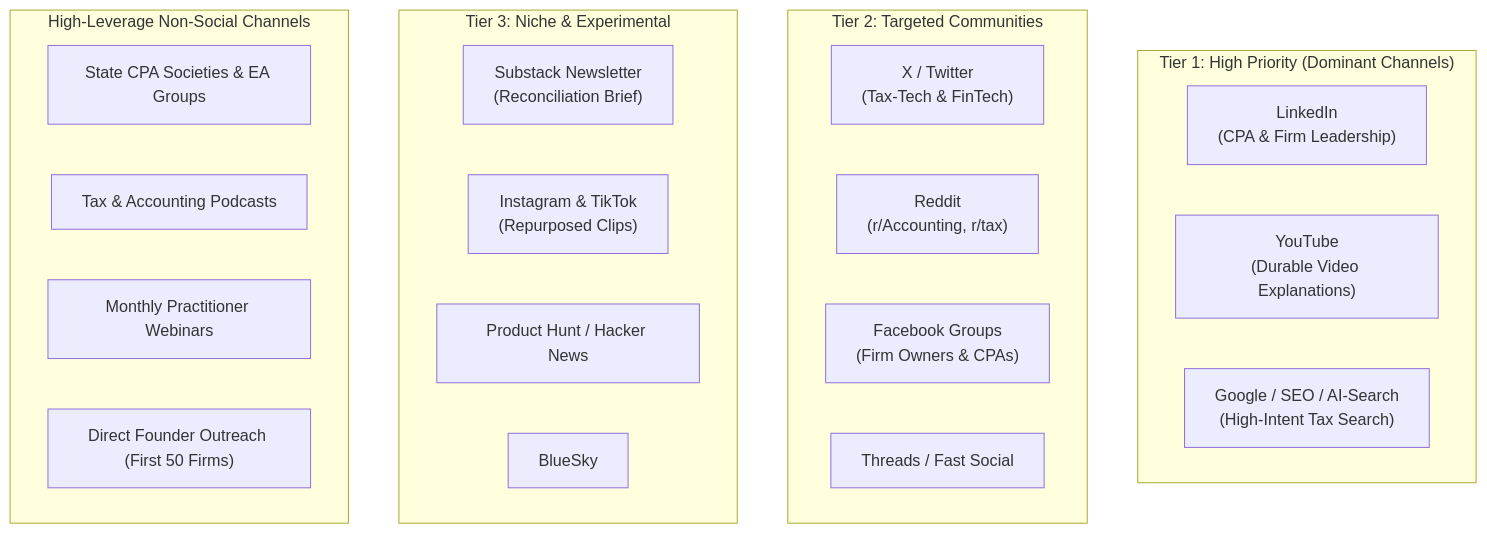
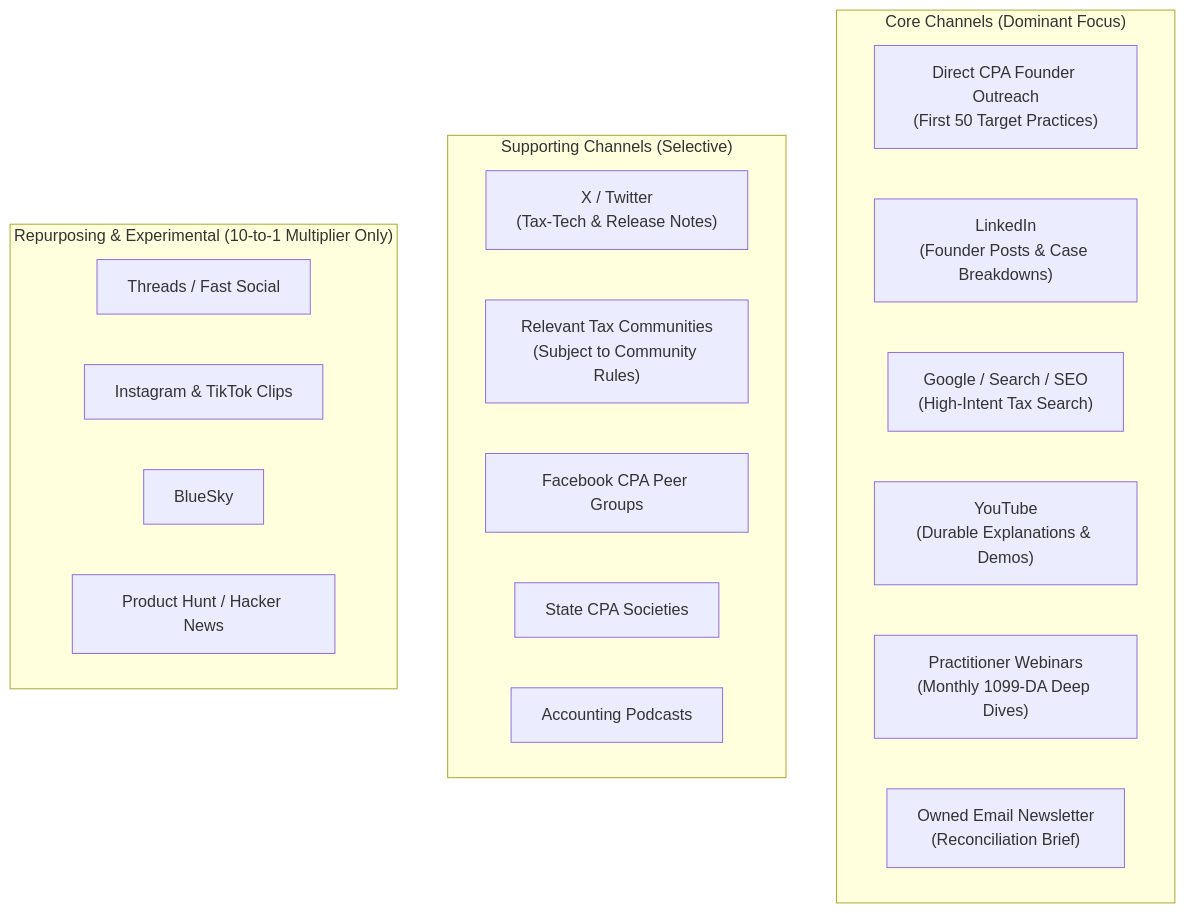
One commit to KasivisvanathanAmirdhalingam/VaultBasis changed the diagram in docs/launch/MMP15_GTM_LAUNCH_001_COMMERCIAL_MARKET_ENTRY.md. Above: the diagram before and after it, drawn with Mermaid. The commit also changed other lines of this file and 3 other files, not shown here.

````diff
--- a/docs/launch/MMP15_GTM_LAUNCH_001_COMMERCIAL_MARKET_ENTRY.md
+++ b/docs/launch/MMP15_GTM_LAUNCH_001_COMMERCIAL_MARKET_ENTRY.md
@@ -100,29 +103,26 @@
 ```mermaid
 graph TD
-    subgraph "Tier 1: High Priority (Dominant Channels)"
-    T1A["LinkedIn<br>(CPA & Firm Leadership)"]
-    T1B["YouTube<br>(Durable Video Explanations)"]
-    T1C["Google / SEO / AI-Search<br>(High-Intent Tax Search)"]
+    subgraph "Core Channels (Dominant Focus)"
+    C1["Direct CPA Founder Outreach<br>(First 50 Target Practices)"]
+    C2["LinkedIn<br>(Founder Posts & Case Breakdowns)"]
+    C3["Google / Search / SEO<br>(High-Intent Tax Search)"]
+    C4["YouTube<br>(Durable Explanations & Demos)"]
+    C5["Practitioner Webinars<br>(Monthly 1099-DA Deep Dives)"]
+    C6["Owned Email Newsletter<br>(Reconciliation Brief)"]
     end
 
-    subgraph "Tier 2: Targeted Communities"
-    T2A["X / Twitter<br>(Tax-Tech & FinTech)"]
-    T2B["Reddit<br>(r/Accounting, r/tax)"]
-    T2C["Facebook Groups<br>(Firm Owners & CPAs)"]
-    T2D["Threads / Fast Social"]
+    subgraph "Supporting Channels (Selective)"
+    S1["X / Twitter<br>(Tax-Tech & Release Notes)"]
+    S2["Relevant Tax Communities<br>(Subject to Community Rules)"]
+    S3["Facebook CPA Peer Groups"]
+    S4["State CPA Societies"]
+    S5["Accounting Podcasts"]
     end
 
-    subgraph "Tier 3: Niche & Experimental"
-    T3A["Substack Newsletter<br>(Reconciliation Brief)"]
-    T3B["Instagram & TikTok<br>(Repurposed Clips)"]
-    T3C["Product Hunt / Hacker News"]
-    T3D["BlueSky"]
-    end
-
-    subgraph "High-Leverage Non-Social Channels"
-    NL1["State CPA Societies & EA Groups"]
-    NL2["Tax & Accounting Podcasts"]
-    NL3["Monthly Practitioner Webinars"]
-    NL4["Direct Founder Outreach (First 50 Firms)"]
+    subgraph "Repurposing & Experimental (10-to-1 Multiplier Only)"
+    R1["Threads / Fast Social"]
+    R2["Instagram & TikTok Clips"]
+    R3["BlueSky"]
+    R4["Product Hunt / Hacker News"]
     end
 ```
````
